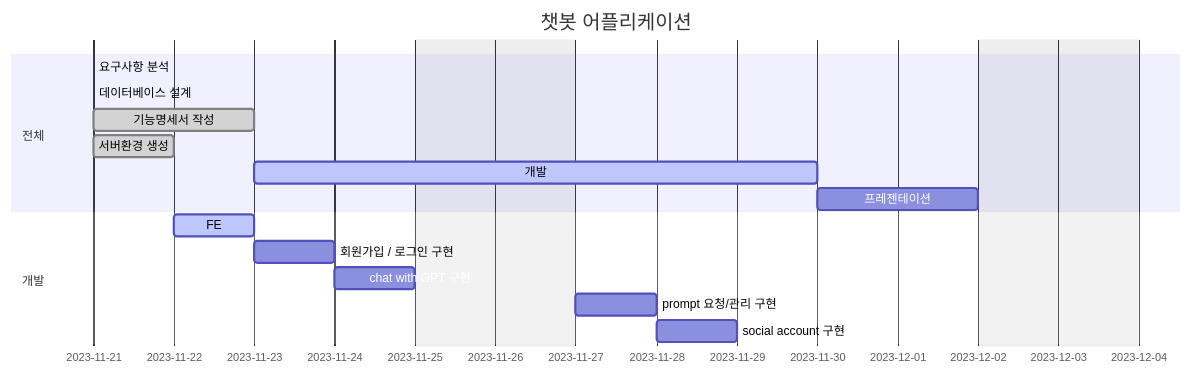
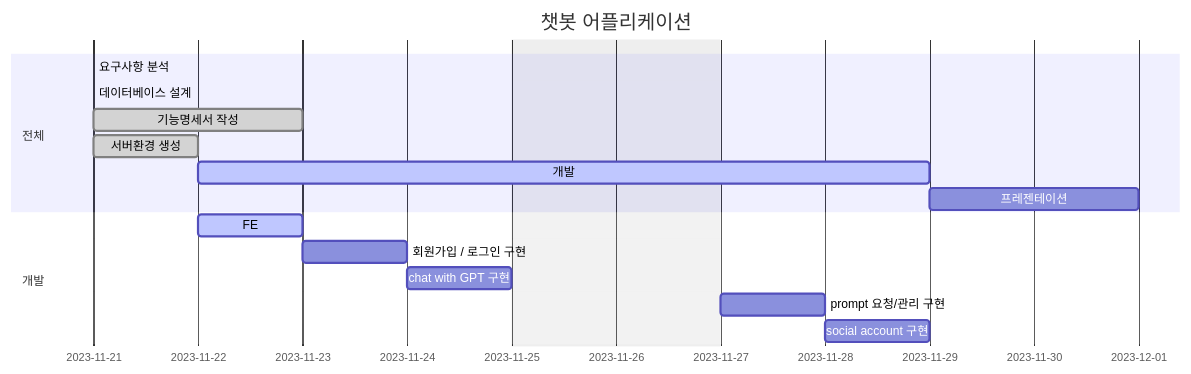
One commit to jmp7911/mid2_django_drf changed the first of 2 diagrams in readme.md. Above: the diagram before and after it, drawn with Mermaid.

````diff
--- a/readme.md
+++ b/readme.md
@@ -47,25 +47,25 @@
 ```mermaid
 gantt
     dateFormat  YYYY-MM-DD
     title       챗봇 어플리케이션
     excludes    weekends
     %% (`excludes` accepts specific dates in YYYY-MM-DD format, days of the week ("sunday") or "weekends", but not the word "weekdays".)
 
     section  전체
     요구사항 분석            :done,    des1, 2023-11-21, 0d
     데이터베이스 설계         :done,  des, 2023-11-21, 0d
     기능명세서 작성         :done,  des2, 2023-11-21, 2d
     서버환경 생성         :done,  des3, 2023-11-21, 1d
-    개발                   :active, des4, after des2, 5d
+    개발                   :active, des4, after des3, 5d
     프레젠테이션             :des5, after des4, 2d
 
     section  개발
     FE            : active,   dev1, after des3, 1d
     회원가입 / 로그인 구현 :   dev2, after dev1, 1d
     chat with GPT 구현 :   dev3, after dev2, 1d
     prompt 요청/관리 구현 :   dev4, after dev3, 1d 
     social account 구현 :   dev5, after dev4, 1d 
 
     
     
 ```
````
